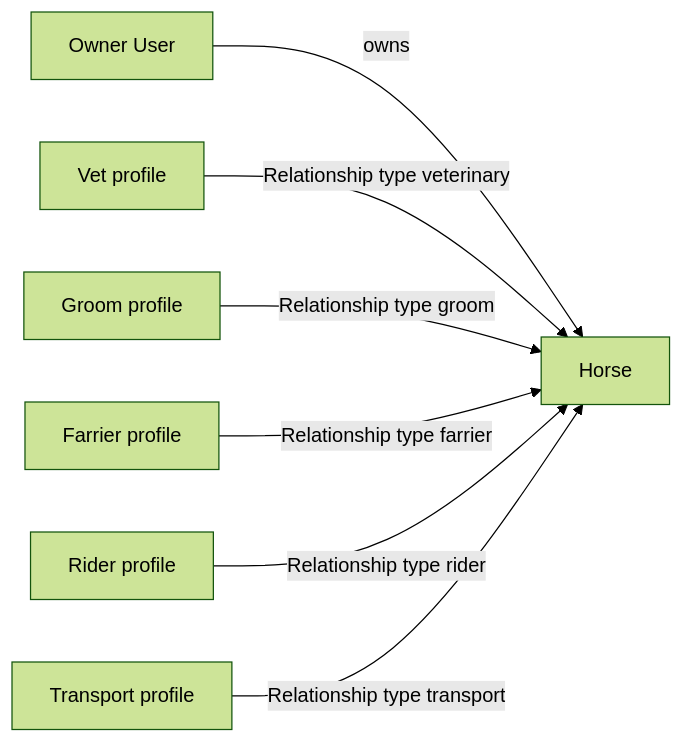
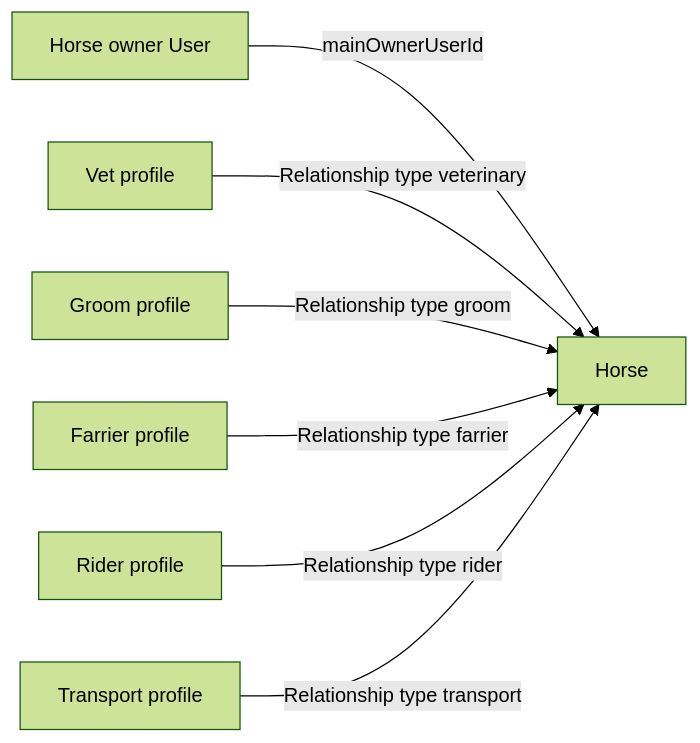
Before and after one commit to jpsm83/horse: the third of 3 diagrams in documentation/workplaceRelationship.md, drawn with Mermaid (forest theme). The commit also changed other lines of this file and 45 other files, not shown here.

````diff
--- a/documentation/workplaceRelationship.md
+++ b/documentation/workplaceRelationship.md
@@ -49,9 +59,9 @@
 ```mermaid
 flowchart LR
-  Owner[Owner User] -->|owns| Horse[Horse]
+  HorseOwner[Horse owner User] -->|mainOwnerUserId| Horse[Horse]
   Vet[Vet profile] -->|Relationship type veterinary| Horse
   Groom[Groom profile] -->|Relationship type groom| Horse
   Farrier[Farrier profile] -->|Relationship type farrier| Horse
   Rider[Rider profile] -->|Relationship type rider| Horse
   Transport[Transport profile] -->|Relationship type transport| Horse
 ```
````
